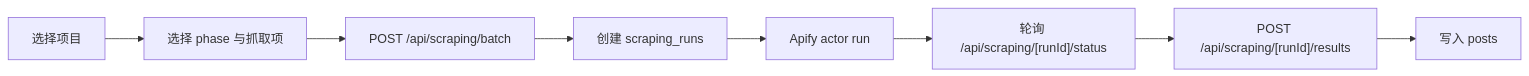
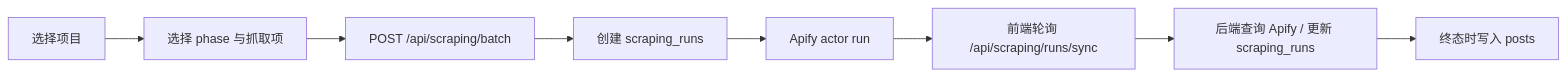
Before and after one commit to steven-95271/reddit-ops-web: the first of 2 diagrams in docs/workflow/p2-scraping.md, drawn with Mermaid. The commit also changed other lines of this file and 12 other files, not shown here.

````diff
--- a/docs/workflow/p2-scraping.md
+++ b/docs/workflow/p2-scraping.md
@@ -26,10 +26,10 @@
 ```mermaid
 flowchart LR
     A["选择项目"] --> B["选择 phase 与抓取项"]
     B --> C["POST /api/scraping/batch"]
     C --> D["创建 scraping_runs"]
     D --> E["Apify actor run"]
-    E --> F["轮询 /api/scraping/[runId]/status"]
-    F --> G["POST /api/scraping/[runId]/results"]
-    G --> H["写入 posts"]
+    E --> F["前端轮询 /api/scraping/runs/sync"]
+    F --> G["后端查询 Apify / 更新 scraping_runs"]
+    G --> H["终态时写入 posts"]
 ```
````
